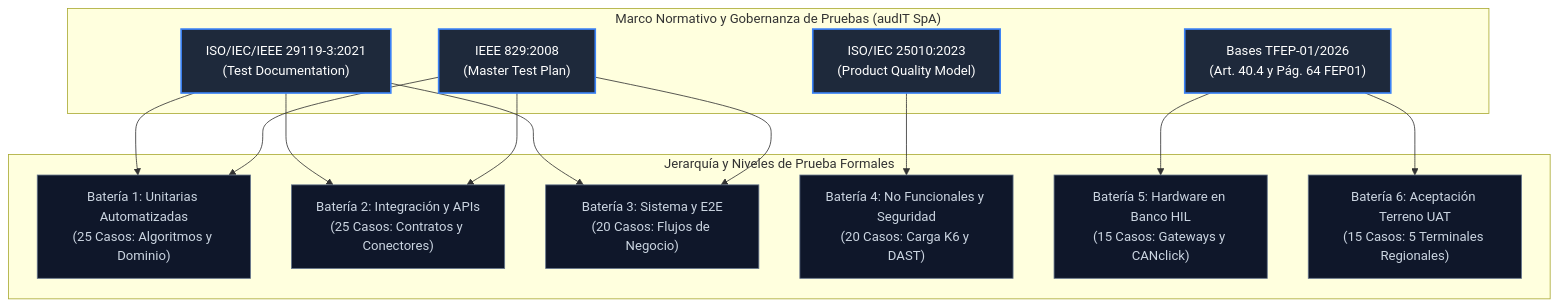
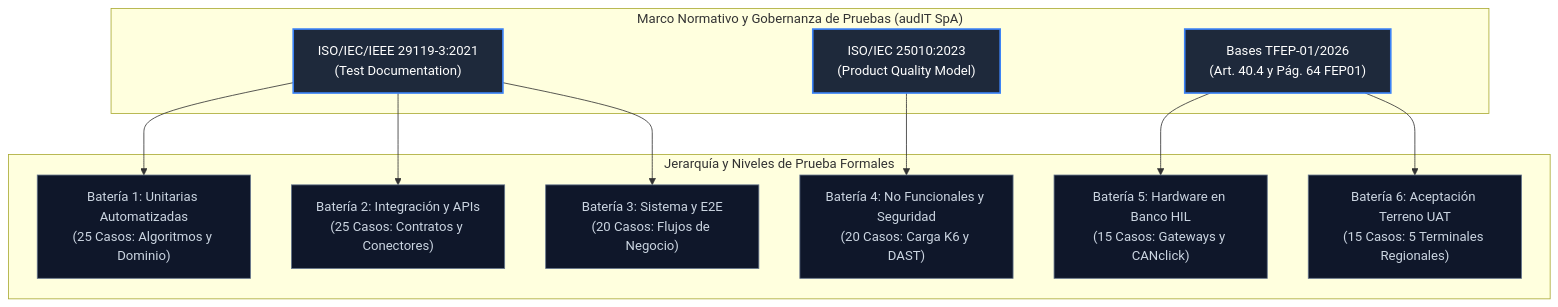
The diagram in Informe-2/d1/formulario_t17_protocolo_aceptacion_plan_pruebas.md (mvergaral/audIT), drawn with Mermaid before and after one commit. The commit also changed other lines of this file and 9 other files, not shown here.

````diff
--- a/Informe-2/d1/formulario_t17_protocolo_aceptacion_plan_pruebas.md
+++ b/Informe-2/d1/formulario_t17_protocolo_aceptacion_plan_pruebas.md
@@ -17,27 +17,26 @@
 ```mermaid
 graph TD
     subgraph MarcoNormativo ["Marco Normativo y Gobernanza de Pruebas (audIT SpA)"]
         ISO29119["ISO/IEC/IEEE 29119-3:2021\n(Test Documentation)"]
-        IEEE829["IEEE 829:2008\n(Master Test Plan)"]
         ISO25010["ISO/IEC 25010:2023\n(Product Quality Model)"]
         BasesFEP["Bases TFEP-01/2026\n(Art. 40.4 y Pág. 64 FEP01)"]
     end
 
     subgraph JerarquiaPruebas ["Jerarquía y Niveles de Prueba Formales"]
         Unit["Batería 1: Unitarias Automatizadas\n(25 Casos: Algoritmos y Dominio)"]
         Int["Batería 2: Integración y APIs\n(25 Casos: Contratos y Conectores)"]
         Sys["Batería 3: Sistema y E2E\n(20 Casos: Flujos de Negocio)"]
         NonFunc["Batería 4: No Funcionales y Seguridad\n(20 Casos: Carga K6 y DAST)"]
         HIL["Batería 5: Hardware en Banco HIL\n(15 Casos: Gateways y CANclick)"]
         UAT["Batería 6: Aceptación Terreno UAT\n(15 Casos: 5 Terminales Regionales)"]
     end
 
-    ISO29119 & IEEE829 --> Unit & Int & Sys
+    ISO29119 --> Unit & Int & Sys
     ISO25010 --> NonFunc
     BasesFEP --> HIL & UAT
 
     classDef norm fill:#1e293b,stroke:#3b82f6,stroke-width:2px,color:#fff;
     classDef test fill:#0f172a,stroke:#64748b,stroke-width:1px,color:#cbd5e1;
-    class ISO29119,IEEE829,ISO25010,BasesFEP norm;
+    class ISO29119,ISO25010,BasesFEP norm;
     class Unit,Int,Sys,NonFunc,HIL,UAT test;
 ```
````
